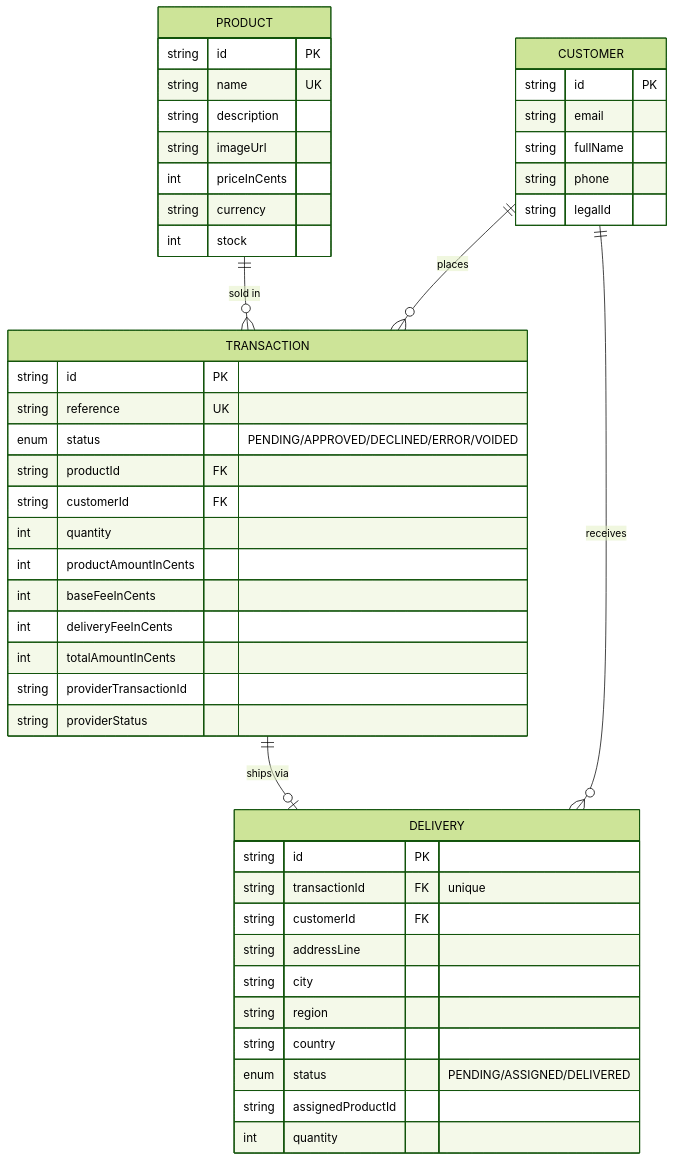
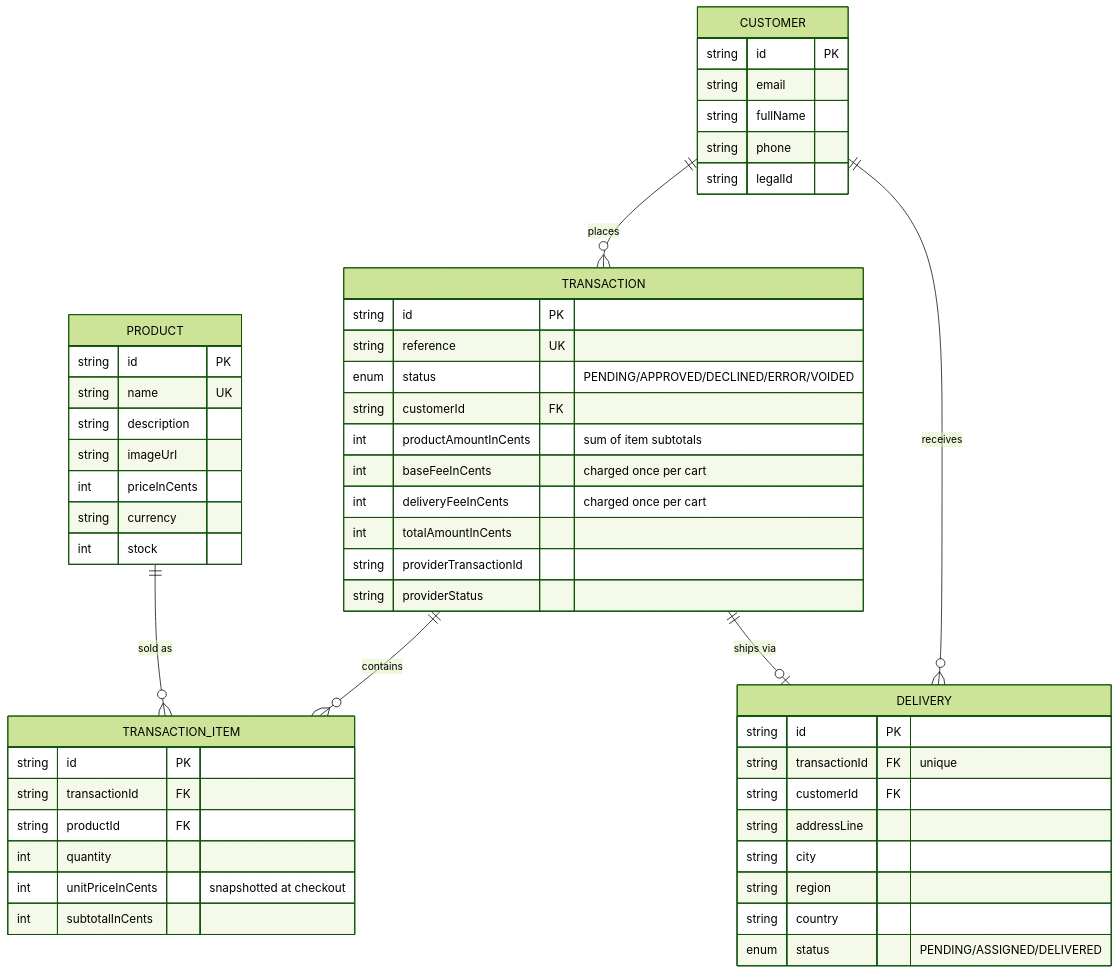
Before and after one commit to cdyepes/checkout-payments-app: the diagram in README.md, drawn with Mermaid (forest theme). The commit also changed other lines of this file and 62 other files, not shown here.

First line of the commit message:
Add multi-product shopping cart (line items, cart UI, fees charged once)

````diff
--- a/README.md
+++ b/README.md
@@ -156,50 +174,55 @@
 ```mermaid
 erDiagram
-    PRODUCT ||--o{ TRANSACTION : "sold in"
+    PRODUCT ||--o{ TRANSACTION_ITEM : "sold as"
     CUSTOMER ||--o{ TRANSACTION : places
     CUSTOMER ||--o{ DELIVERY : receives
+    TRANSACTION ||--o{ TRANSACTION_ITEM : contains
     TRANSACTION ||--o| DELIVERY : "ships via"
 
     PRODUCT {
         string id PK
         string name UK
         string description
         string imageUrl
         int priceInCents
         string currency
         int stock
     }
     CUSTOMER {
         string id PK
         string email
         string fullName
         string phone
         string legalId
     }
     TRANSACTION {
         string id PK
         string reference UK
         enum status "PENDING/APPROVED/DECLINED/ERROR/VOIDED"
-        string productId FK
         string customerId FK
-        int quantity
-        int productAmountInCents
-        int baseFeeInCents
-        int deliveryFeeInCents
+        int productAmountInCents "sum of item subtotals"
+        int baseFeeInCents "charged once per cart"
+        int deliveryFeeInCents "charged once per cart"
         int totalAmountInCents
         string providerTransactionId
         string providerStatus
+    }
+    TRANSACTION_ITEM {
+        string id PK
+        string transactionId FK
+        string productId FK
+        int quantity
+        int unitPriceInCents "snapshotted at checkout"
+        int subtotalInCents
     }
     DELIVERY {
         string id PK
         string transactionId FK "unique"
         string customerId FK
         string addressLine
         string city
         string region
         string country
         enum status "PENDING/ASSIGNED/DELIVERED"
-        string assignedProductId
-        int quantity
     }
 ```
````
